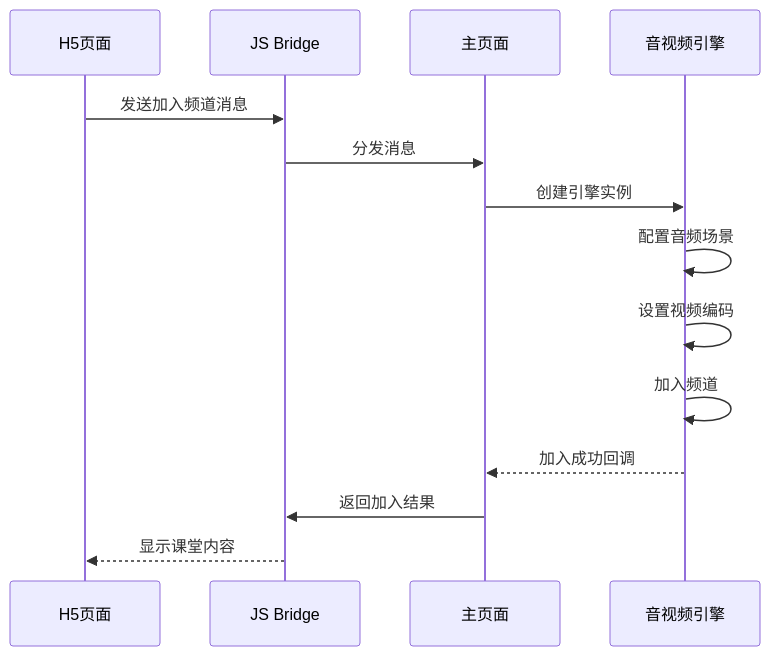
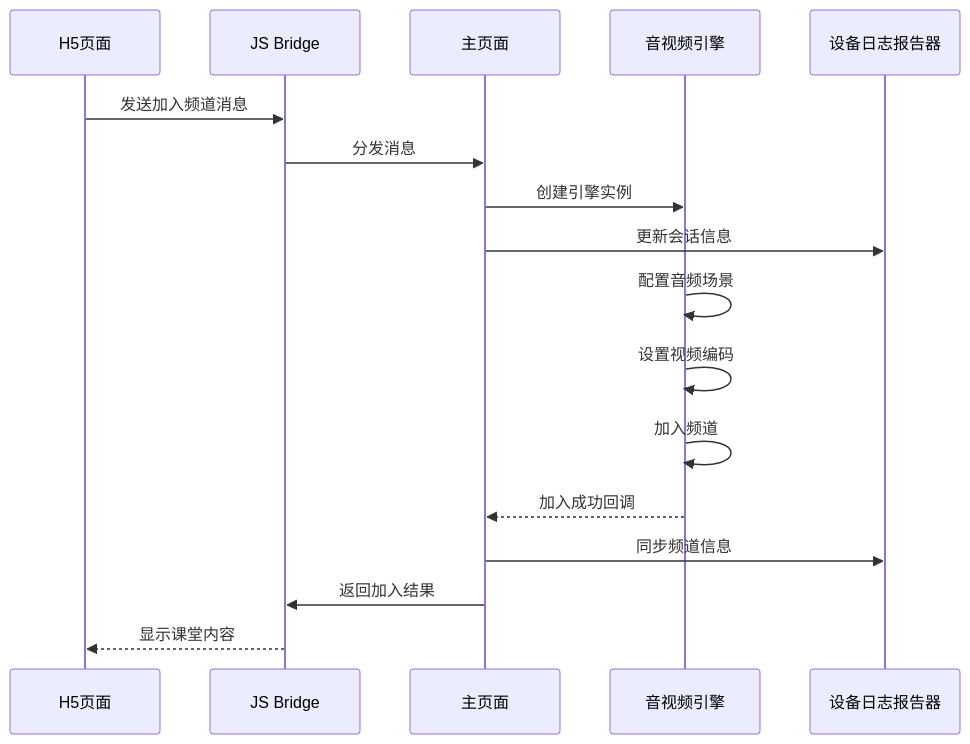
One commit to huz1xuan/harmony_XDY changed the third of 8 diagrams in .qoder/repowiki/zh/content/主要功能模块/主要功能模块.md. Above: the diagram before and after it, drawn with Mermaid. The commit also changed other lines of this file and 15 other files, not shown here.

````diff
--- a/.qoder/repowiki/zh/content/主要功能模块/主要功能模块.md
+++ b/.qoder/repowiki/zh/content/主要功能模块/主要功能模块.md
@@ -203,16 +285,19 @@
 ```mermaid
 sequenceDiagram
 participant H5 as H5页面
 participant Bridge as JS Bridge
 participant Page as 主页面
 participant Engine as 音视频引擎
+participant Reporter as 设备日志报告器
 H5->>Bridge : 发送加入频道消息
 Bridge->>Page : 分发消息
 Page->>Engine : 创建引擎实例
+Page->>Reporter : 更新会话信息
 Engine->>Engine : 配置音频场景
 Engine->>Engine : 设置视频编码
 Engine->>Engine : 加入频道
 Engine-->>Page : 加入成功回调
+Page->>Reporter : 同步频道信息
 Page->>Bridge : 返回加入结果
 Bridge-->>H5 : 显示课堂内容
 ```
````
